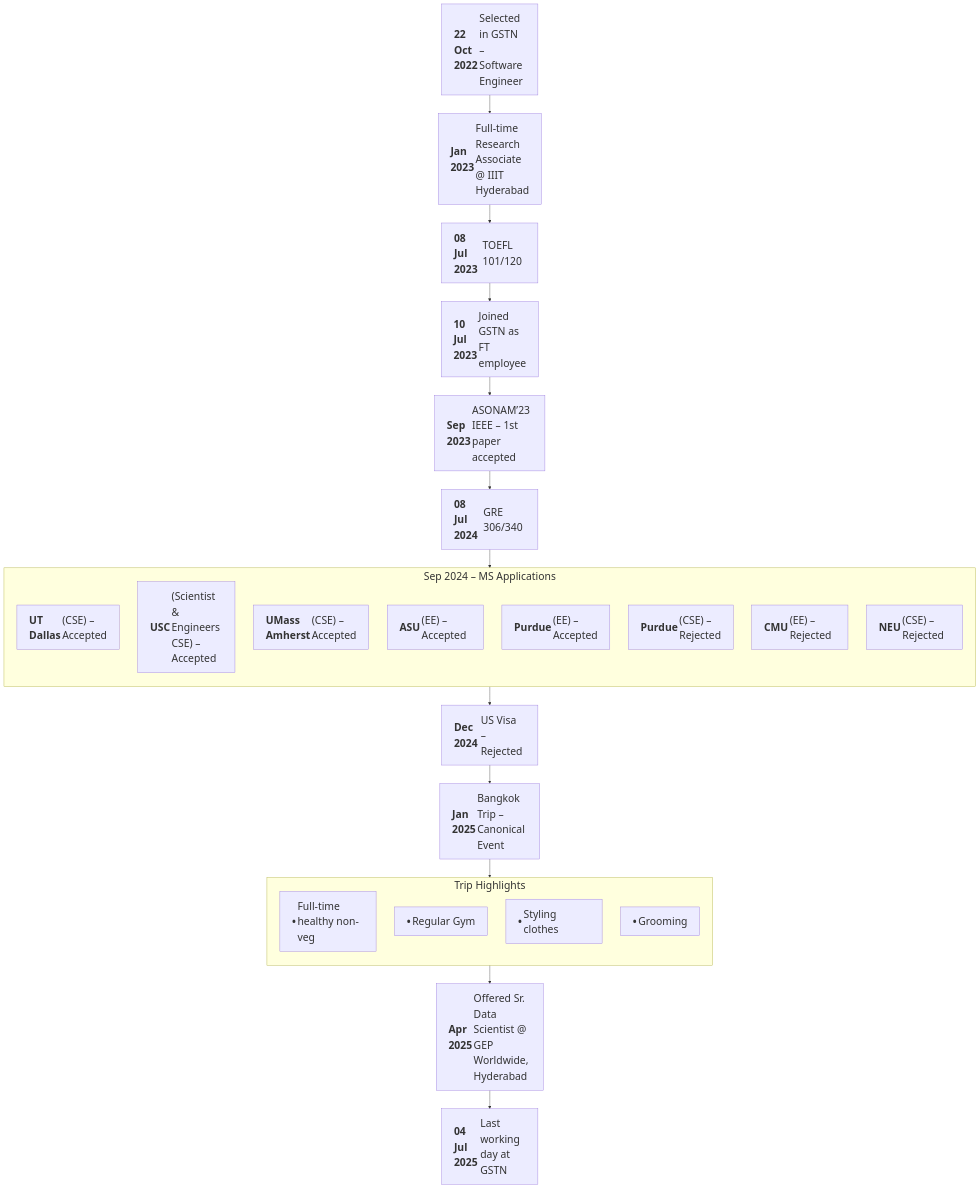
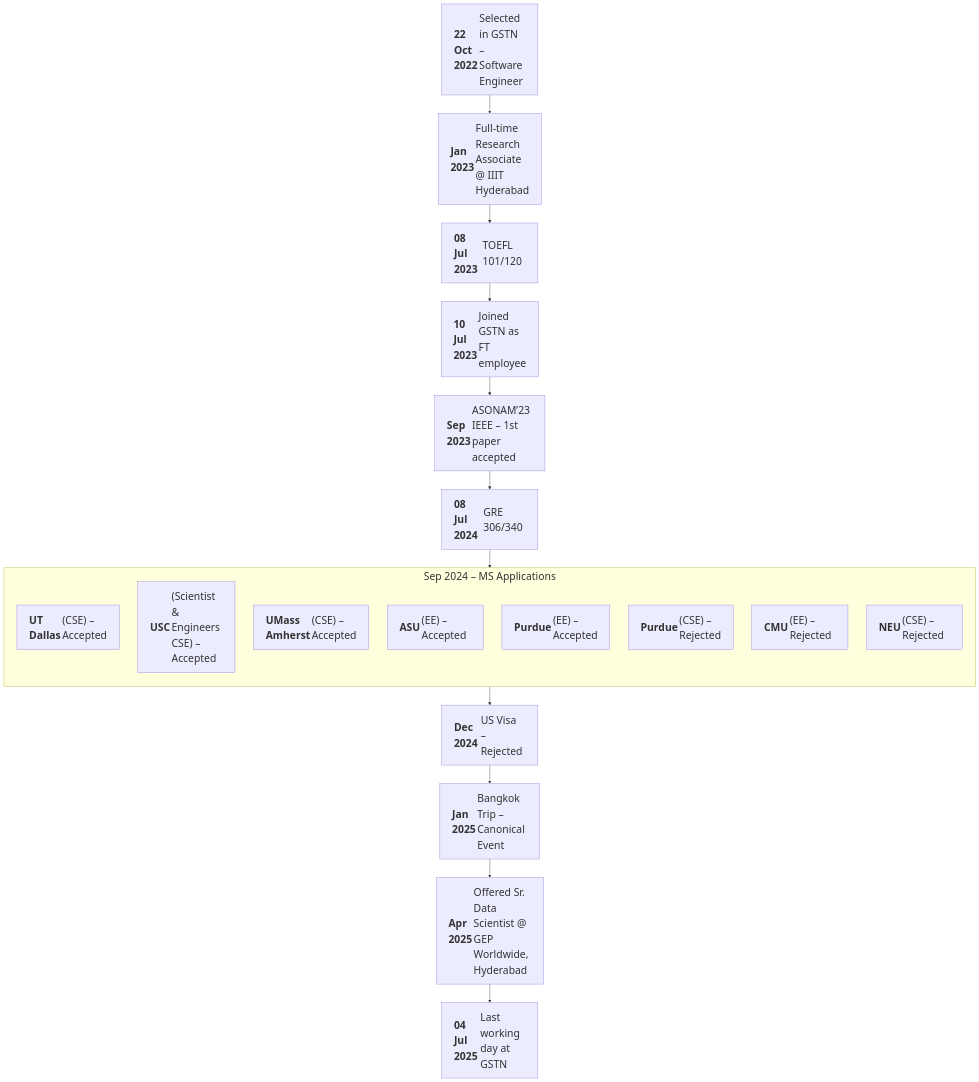
The diagram in README.md (AryamannTomar/AryamannTomar), drawn with Mermaid before and after one commit. The commit also changed other lines of this file, not shown here.

````diff
--- a/README.md
+++ b/README.md
@@ -14,49 +14,40 @@
 ```mermaid
 %%{init: {
   "themeVariables": {
     "fontSize": "28px",
     "nodePadding": "20px",
     "edgeLabelFontSize": "30px"
   },
   "themeConfig": {
     "nodeTextMargin": 5,
     "padding": 15
   }
 }}%%
 flowchart TD
   A1["<table><tr><td align='left'><b>22 Oct 2022</b></td><td align='left'>Selected in GSTN – Software Engineer</td></tr></table>"]
   A2["<table><tr><td align='left'><b>Jan 2023</b></td><td align='left'>Full-time Research Associate @ IIIT Hyderabad</td></tr></table>"]
   A3["<table><tr><td align='left'><b>08 Jul 2023</b></td><td align='left'>TOEFL 101/120</td></tr></table>"]
   A4["<table><tr><td align='left'><b>10 Jul 2023</b></td><td align='left'>Joined GSTN as FT employee</td></tr></table>"]
   A5["<table><tr><td align='left'><b>Sep 2023</b></td><td align='left'>ASONAM’23 IEEE – 1st paper accepted</td></tr></table>"]
   
   A6["<table><tr><td align='left'><b>08 Jul 2024</b></td><td align='left'>GRE 306/340</td></tr></table>"]
   subgraph MS_Apps [Sep 2024 – MS Applications]
     direction TB
     A7["<table><tr><td align='left'><b>UT Dallas</b></td><td align='left'>(CSE) – Accepted</td></tr></table>"]
     A8["<table><tr><td align='left'><b>USC</b></td><td align='left'>(Scientist & Engineers CSE) – Accepted</td></tr></table>"]
     A9["<table><tr><td align='left'><b>UMass Amherst</b></td><td align='left'>(CSE) – Accepted</td></tr></table>"]
     A10["<table><tr><td align='left'><b>ASU</b></td><td align='left'>(EE) – Accepted</td></tr></table>"]
     A11["<table><tr><td align='left'><b>Purdue</b></td><td align='left'>(EE) – Accepted</td></tr></table>"]
     A12["<table><tr><td align='left'><b>Purdue</b></td><td align='left'>(CSE) – Rejected</td></tr></table>"]
     A13["<table><tr><td align='left'><b>CMU</b></td><td align='left'>(EE) – Rejected</td></tr></table>"]
     A14["<table><tr><td align='left'><b>NEU</b></td><td align='left'>(CSE) – Rejected</td></tr></table>"]
   end
 
   A15["<table><tr><td align='left'><b>Dec 2024</b></td><td align='left'>US Visa – Rejected</td></tr></table>"]
-  
   A16["<table><tr><td align='left'><b>Jan 2025</b></td><td align='left'>Bangkok Trip – Canonical Event</td></tr></table>"]
-  subgraph Bangkok_Details [Trip Highlights]
-    direction TB
-    B1["<table><tr><td align='left'><b>•</b></td><td align='left'>Full-time healthy non-veg</td></tr></table>"]
-    B2["<table><tr><td align='left'><b>•</b></td><td align='left'>Regular Gym</td></tr></table>"]
-    B3["<table><tr><td align='left'><b>•</b></td><td align='left'>Styling clothes</td></tr></table>"]
-    B4["<table><tr><td align='left'><b>•</b></td><td align='left'>Grooming</td></tr></table>"]
-  end
-  
   A17["<table><tr><td align='left'><b>Apr 2025</b></td><td align='left'>Offered Sr. Data Scientist @ GEP Worldwide, Hyderabad</td></tr></table>"]
   A18["<table><tr><td align='left'><b>04 Jul 2025</b></td><td align='left'>Last working day at GSTN</td></tr></table>"]
 
   %% chain them all
-  A1 --> A2 --> A3 --> A4 --> A5 --> A6 --> MS_Apps --> A15 --> A16 --> Bangkok_Details --> A17 --> A18
+  A1 --> A2 --> A3 --> A4 --> A5 --> A6 --> MS_Apps --> A15 --> A16 --> A17 --> A18
 ```
````
